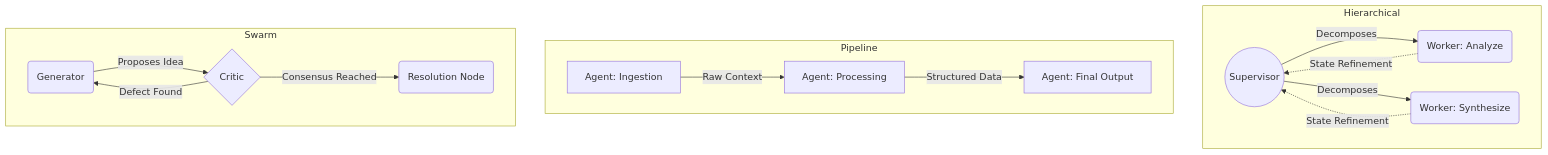
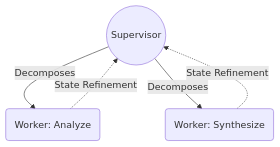
The first of 3 diagrams in skills/ai/ai-agents/multi-agent-topology/SKILL.md (j4flmao/agent-skills), drawn with Mermaid before and after one commit. The commit also changed other lines of this file, not shown here.

Commit message:
style(skills): Split disconnected Mermaid subgraphs in multi-agent-topology to force vertical rendering and maximize scale

````diff
--- a/skills/ai/ai-agents/multi-agent-topology/SKILL.md
+++ b/skills/ai/ai-agents/multi-agent-topology/SKILL.md
@@ -28,23 +29,7 @@
 ```mermaid
 flowchart TD
-    %% Supervisor-Worker
-    subgraph Hierarchical
-        S((Supervisor)) -->|Decomposes| W1(Worker: Analyze)
-        S -->|Decomposes| W2(Worker: Synthesize)
-        W1 -.->|State Refinement| S
-        W2 -.->|State Refinement| S
-    end
-
-    %% Pipeline
-    subgraph Pipeline
-        P1[Agent: Ingestion] -->|Raw Context| P2[Agent: Processing]
-        P2 -->|Structured Data| P3[Agent: Final Output]
-    end
-
-    %% Debate/Reflection
-    subgraph Swarm
-        Gen(Generator) -->|Proposes Idea| Crit{Critic}
-        Crit -->|Defect Found| Gen
-        Crit -->|Consensus Reached| Res(Resolution Node)
-    end
+    S((Supervisor)) -->|Decomposes| W1(Worker: Analyze)
+    S -->|Decomposes| W2(Worker: Synthesize)
+    W1 -.->|State Refinement| S
+    W2 -.->|State Refinement| S
 ```
````
